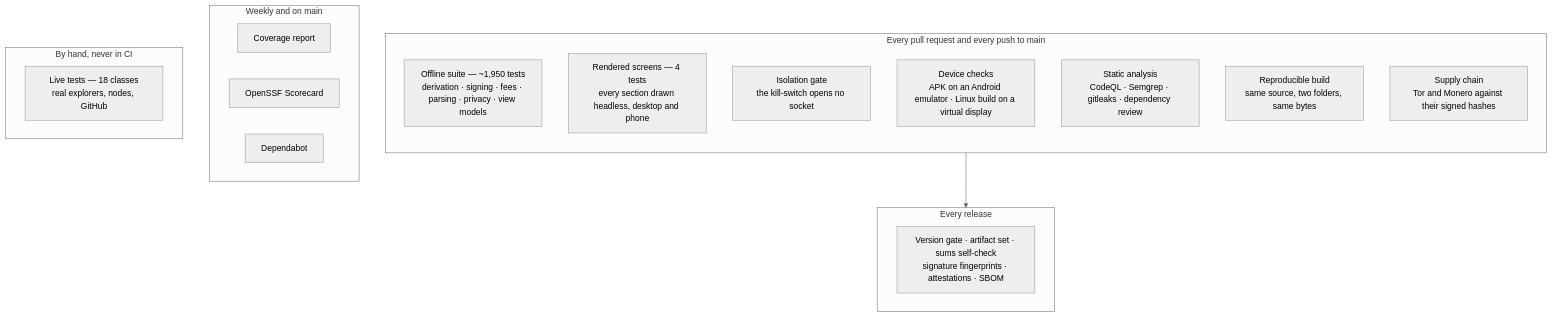
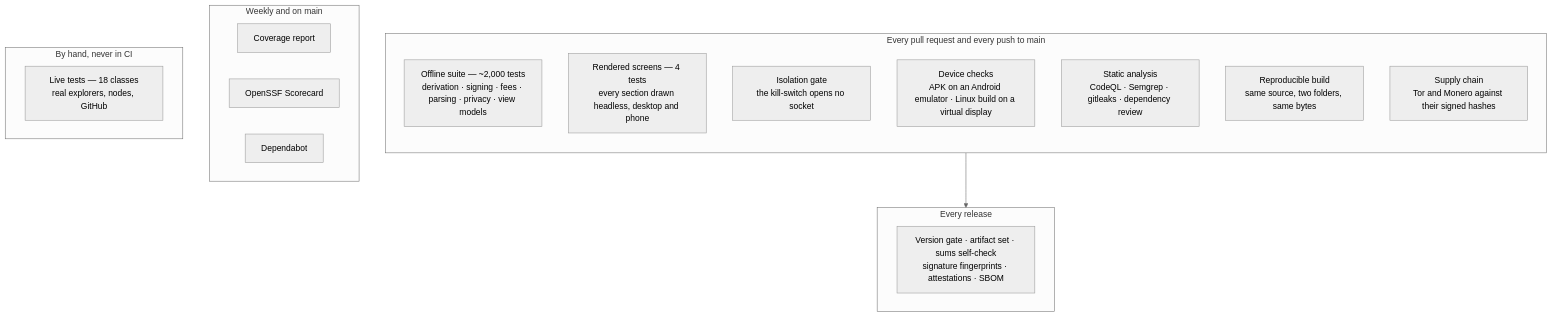
The diagram in docs/testing.md (thefear078/Phobia-Wallet), drawn with Mermaid (neutral theme) before and after one commit. The commit also changed other lines of this file and 2 other files, not shown here.

Commit message:
Docs: test counts and results of 14 October 2026

````diff
--- a/docs/testing.md
+++ b/docs/testing.md
@@ -9,25 +9,25 @@
 ```mermaid
 flowchart TB
     subgraph PR["Every pull request and every push to main"]
         direction TB
-        U["Offline suite — ~1,950 tests<br/>derivation · signing · fees · parsing · privacy · view models"]
+        U["Offline suite — ~2,000 tests<br/>derivation · signing · fees · parsing · privacy · view models"]
         UI["Rendered screens — 4 tests<br/>every section drawn headless, desktop and phone"]
         ISO["Isolation gate<br/>the kill-switch opens no socket"]
         DEV["Device checks<br/>APK on an Android emulator · Linux build on a virtual display"]
         SAST["Static analysis<br/>CodeQL · Semgrep · gitleaks · dependency review"]
         REP["Reproducible build<br/>same source, two folders, same bytes"]
         SUP["Supply chain<br/>Tor and Monero against their signed hashes"]
     end
     subgraph WEEK["Weekly and on main"]
         COV["Coverage report"]
         SC["OpenSSF Scorecard"]
         DEP["Dependabot"]
     end
     subgraph HAND["By hand, never in CI"]
         LIVE["Live tests — 18 classes<br/>real explorers, nodes, GitHub"]
     end
     subgraph REL["Every release"]
         GATE["Version gate · artifact set · sums self-check<br/>signature fingerprints · attestations · SBOM"]
     end
     PR --> REL
 ```
````
